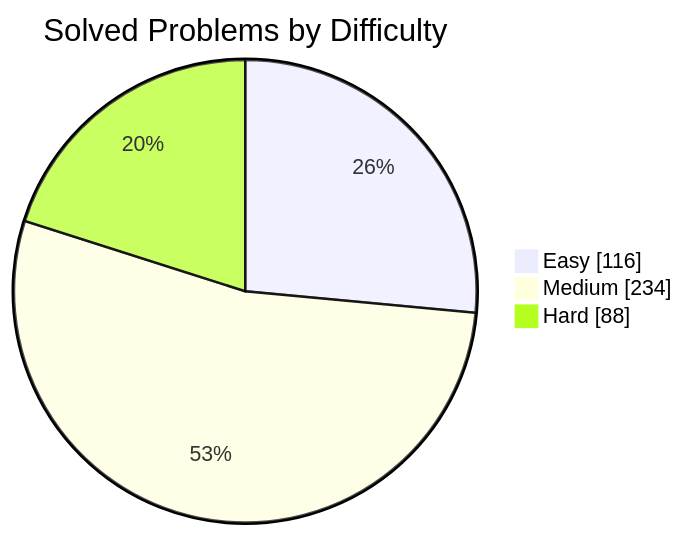
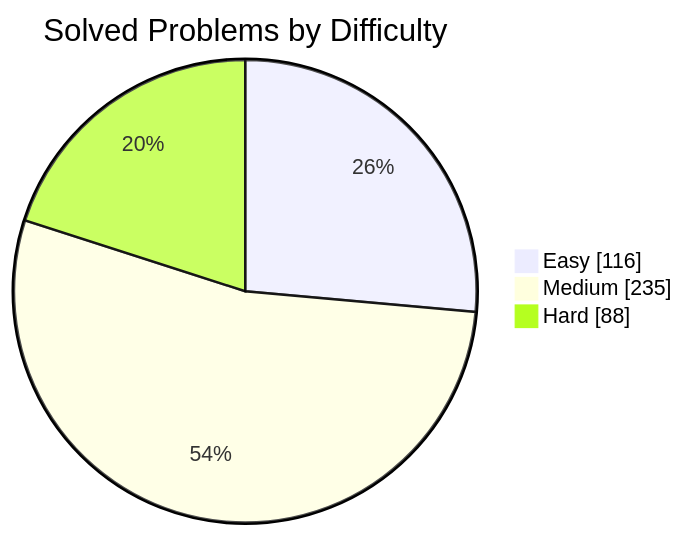
Before and after one commit to manikantbindass/DSA-Preparation-FAANG: the first of 2 diagrams in README.md, drawn with Mermaid. The commit also changed other lines of this file and 1 other file, not shown here.

````diff
--- a/README.md
+++ b/README.md
@@ -77,7 +77,7 @@
 ```mermaid
 pie showData
     title Solved Problems by Difficulty
     "Easy" : 116
-    "Medium" : 234
+    "Medium" : 235
     "Hard" : 88
 ```
````
